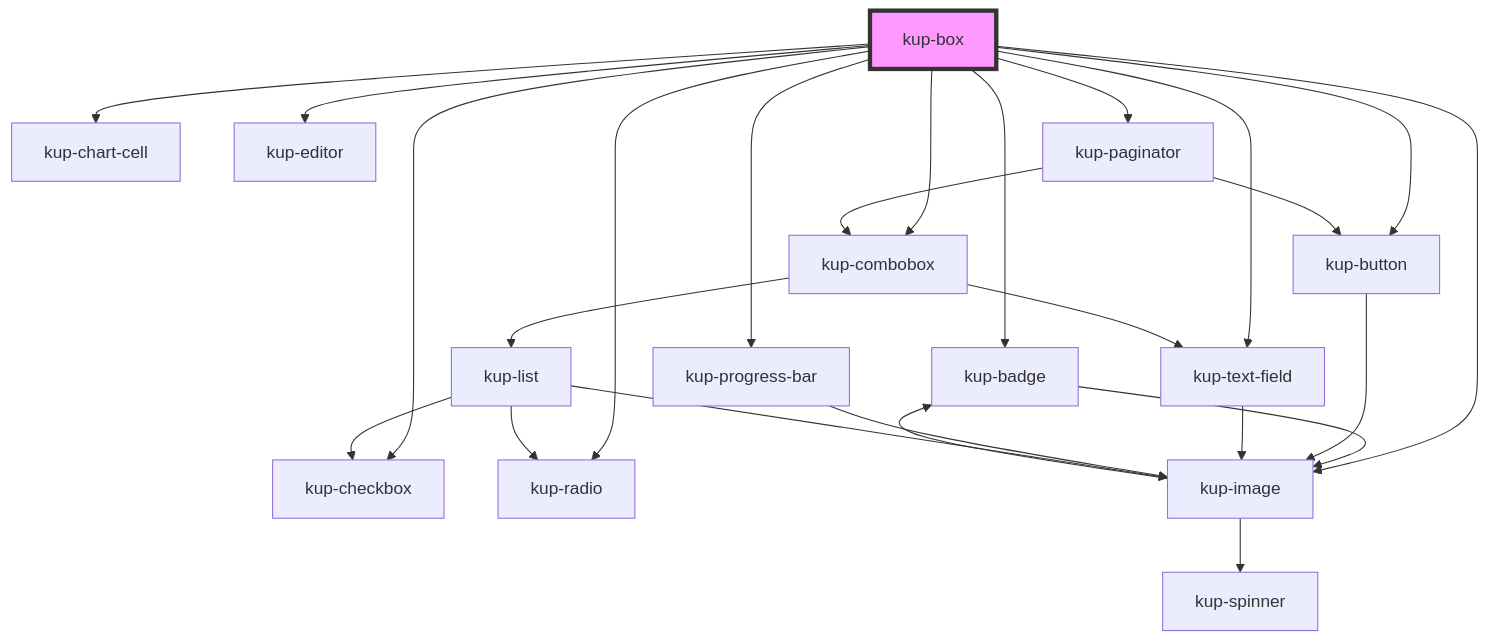
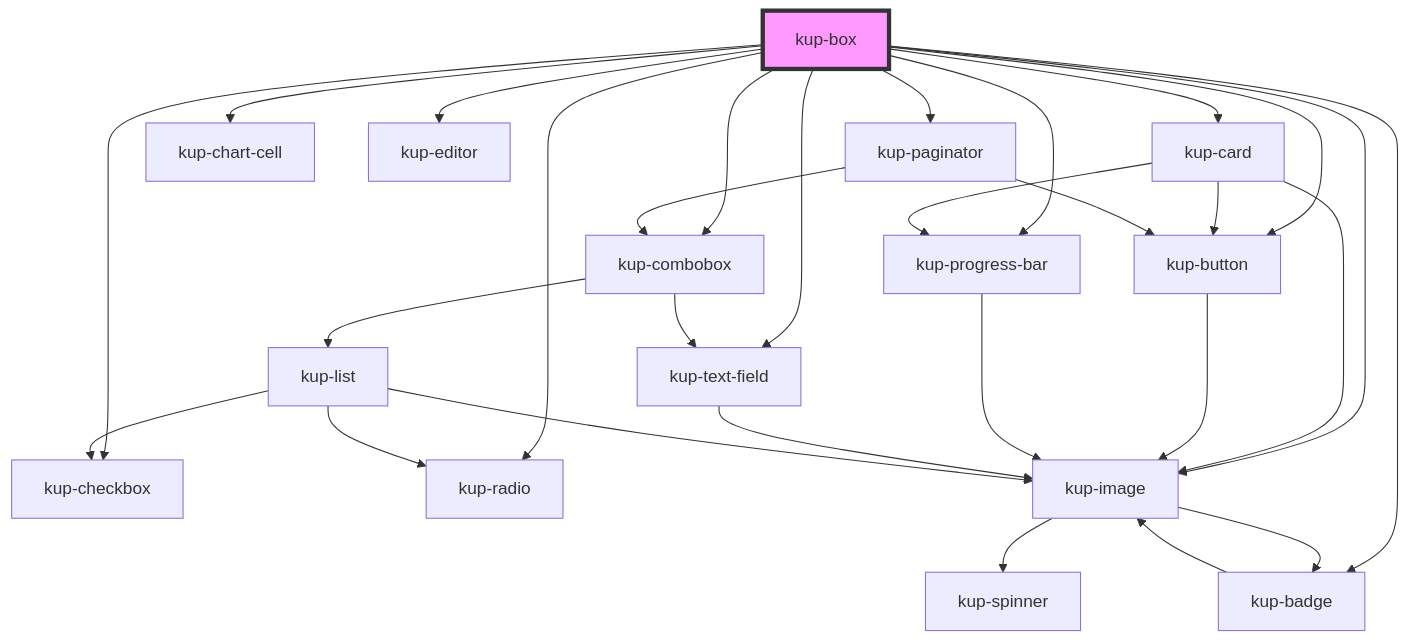
The diagram in packages/ketchup/src/components/kup-box/readme.md (smeup/ketchup), drawn with Mermaid before and after one commit. The commit also changed other lines of this file and 6 other files, not shown here.

Commit message:
Progressing card inside box.

````diff
--- a/packages/ketchup/src/components/kup-box/readme.md
+++ b/packages/ketchup/src/components/kup-box/readme.md
@@ -96,28 +98,32 @@
 ```mermaid
 graph TD;
+  kup-box --> kup-card
   kup-box --> kup-checkbox
   kup-box --> kup-badge
   kup-box --> kup-button
   kup-box --> kup-radio
   kup-box --> kup-text-field
   kup-box --> kup-progress-bar
   kup-box --> kup-chart-cell
   kup-box --> kup-image
   kup-box --> kup-editor
   kup-box --> kup-combobox
   kup-box --> kup-paginator
-  kup-badge --> kup-image
+  kup-card --> kup-button
+  kup-card --> kup-image
+  kup-card --> kup-progress-bar
+  kup-button --> kup-image
   kup-image --> kup-spinner
   kup-image --> kup-badge
-  kup-button --> kup-image
+  kup-badge --> kup-image
+  kup-progress-bar --> kup-image
   kup-text-field --> kup-image
-  kup-progress-bar --> kup-image
   kup-combobox --> kup-text-field
   kup-combobox --> kup-list
   kup-list --> kup-image
   kup-list --> kup-radio
   kup-list --> kup-checkbox
   kup-paginator --> kup-button
   kup-paginator --> kup-combobox
   style kup-box fill:#f9f,stroke:#333,stroke-width:4px
 ```
````
